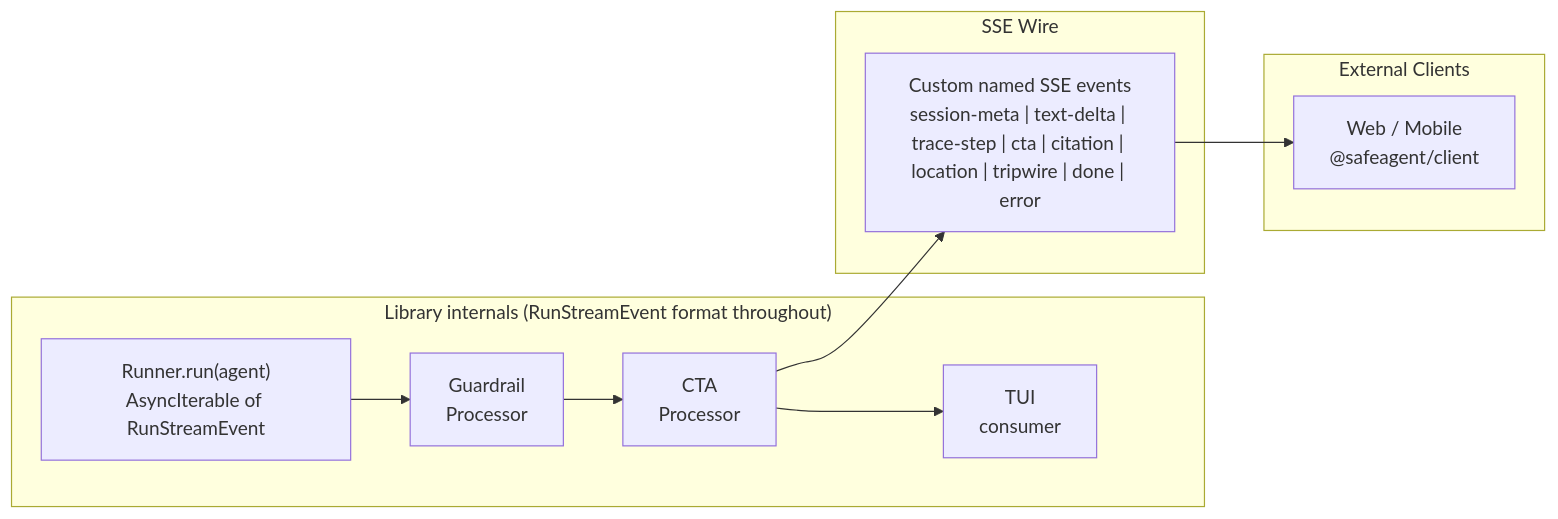
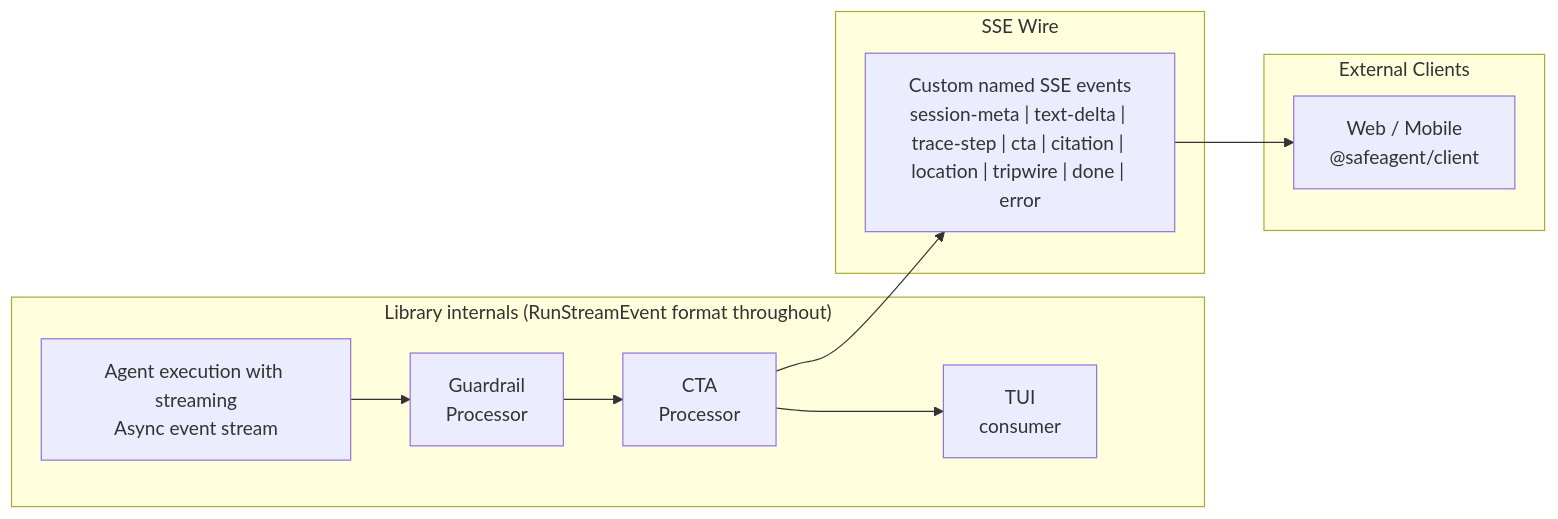
The sixth of 27 diagrams in plan/11-transport.md (1qh/safeagent), drawn with Mermaid before and after one commit. The commit also changed other lines of this file and 18 other files, not shown here.

````diff
--- a/plan/11-transport.md
+++ b/plan/11-transport.md
@@ -213,22 +213,22 @@
 ```mermaid
 flowchart LR
     subgraph INTERNAL["Library internals (RunStreamEvent format throughout)"]
-        AGENT["Runner.run(agent)\nAsyncIterable of RunStreamEvent"]
+        AGENT["Agent execution with streaming\nAsync event stream"]
         GP["Guardrail\nProcessor"]
         CP["CTA\nProcessor"]
         TUI_C["TUI\nconsumer"]
     end
 
     subgraph WIRE["SSE Wire"]
         SSE["Custom named SSE events\nsession-meta | text-delta | trace-step | cta | citation | location | tripwire | done | error"]
     end
 
     subgraph CLIENTS["External Clients"]
         WEB_MOBILE_CLIENT["Web / Mobile\n@safeagent/client"]
     end
 
     AGENT --> GP --> CP
     CP --> TUI_C
     CP --> SSE
     SSE --> WEB_MOBILE_CLIENT
 ```
````
